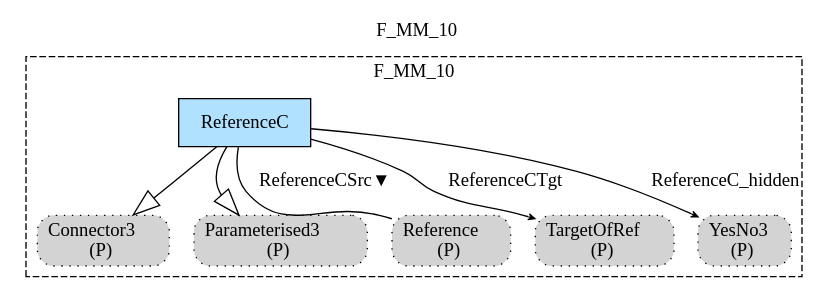
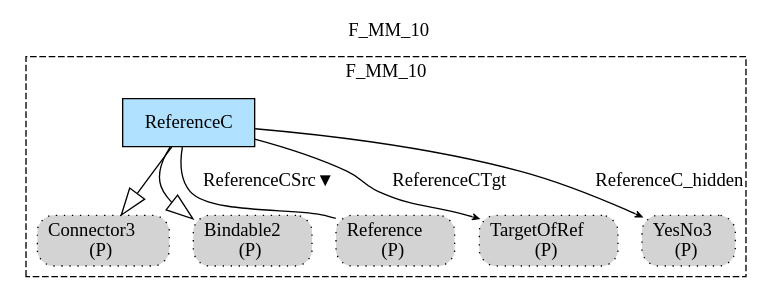
The diagram in Haskell/PCs/MM/img/F_MM_10.gv (namalio/Fragmenta), drawn with Graphviz before and after one commit. The commit also changed 246 other files, not shown here.

```diff
--- a/Haskell/PCs/MM/img/F_MM_10.gv
+++ b/Haskell/PCs/MM/img/F_MM_10.gv
@@ -1,22 +1,22 @@
 digraph {graph[label=F_MM_10,labelloc=tl,labelfontsize=12];
 subgraph cluster_F_MM_10{style=dashed;label=F_MM_10;
 "ReferenceC"[shape=record,fillcolor=lightskyblue1,style = filled,label="ReferenceC"];
 "PConnector3"[shape=box,fillcolor=lightgray,style ="rounded,filled,dotted",label=<Connector3<br/>(P)>];
-"PParameterised3"[shape=box,fillcolor=lightgray,style ="rounded,filled,dotted",label=<Parameterised3<br/>(P)>];
+"PBindable2"[shape=box,fillcolor=lightgray,style ="rounded,filled,dotted",label=<Bindable2<br/>(P)>];
 "PReference"[shape=box,fillcolor=lightgray,style ="rounded,filled,dotted",label=<Reference<br/>(P)>];
 "PTargetOfRef"[shape=box,fillcolor=lightgray,style ="rounded,filled,dotted",label=<TargetOfRef<br/>(P)>];
 "PYesNo3"[shape=box,fillcolor=lightgray,style ="rounded,filled,dotted",label=<YesNo3<br/>(P)>];
 
 "ReferenceC"->"PConnector3"[arrowhead=onormal,arrowsize=2.0];
-"ReferenceC"->"PParameterised3"[arrowhead=onormal,arrowsize=2.0];
+"ReferenceC"->"PBindable2"[arrowhead=onormal,arrowsize=2.0];
 "ReferenceC"->"PReference"[label="ReferenceCSrc▼",dir=none,taillabel="",headlabel=""];
 "ReferenceC"->"PTargetOfRef"[label="ReferenceCTgt",arrowhead=vee,headlabel="",arrowsize=.5];
 "ReferenceC"->"PYesNo3"[label="ReferenceC_hidden",arrowhead=vee,headlabel="",arrowsize=.5];
 
 }
 
 
 
 
 
 }
```
